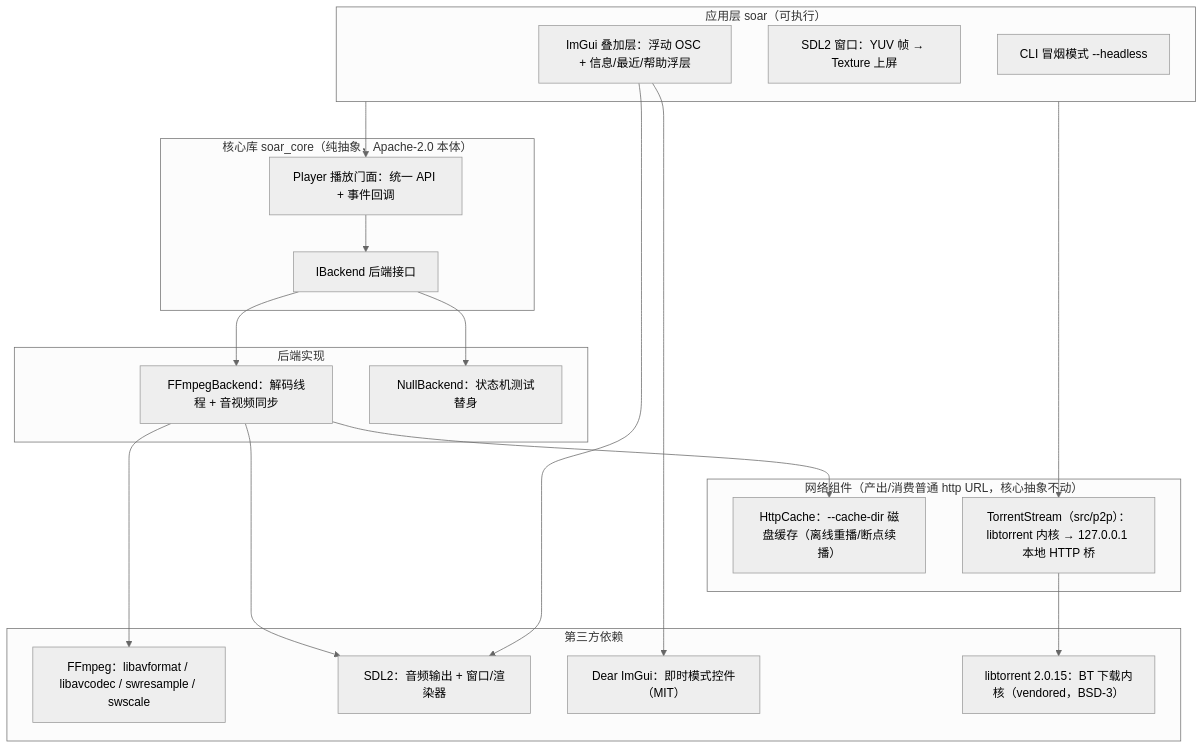
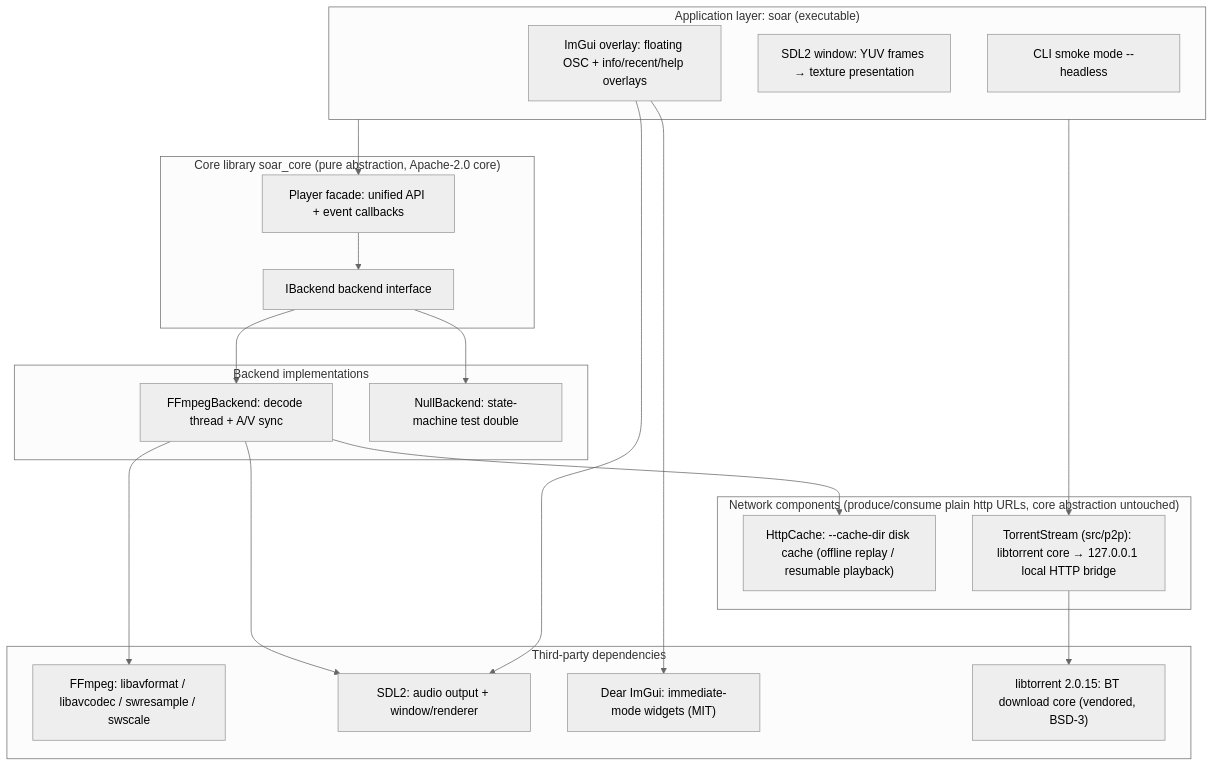
The diagram in README.md (cuihairu/soar), drawn with Mermaid (neutral theme) before and after one commit. The commit also changed other lines of this file and 1 other file, not shown here.

````diff
--- a/README.md
+++ b/README.md
@@ -53,41 +55,41 @@
 ```mermaid
 flowchart TB
-    subgraph APP["应用层 soar（可执行）"]
-        UI["ImGui 叠加层：浮动 OSC + 信息/最近/帮助浮层"]
-        WIN["SDL2 窗口：YUV 帧 → Texture 上屏"]
-        HEADLESS["CLI 冒烟模式 --headless"]
+    subgraph APP["Application layer: soar (executable)"]
+        UI["ImGui overlay: floating OSC + info/recent/help overlays"]
+        WIN["SDL2 window: YUV frames → texture presentation"]
+        HEADLESS["CLI smoke mode --headless"]
     end
 
-    subgraph CORE["核心库 soar_core（纯抽象，Apache-2.0 本体）"]
-        PLAYER["Player 播放门面：统一 API + 事件回调"]
-        IBACKEND["IBackend 后端接口"]
+    subgraph CORE["Core library soar_core (pure abstraction, Apache-2.0 core)"]
+        PLAYER["Player facade: unified API + event callbacks"]
+        IBACKEND["IBackend backend interface"]
     end
 
-    subgraph BACKENDS["后端实现"]
-        FFB["FFmpegBackend：解码线程 + 音视频同步"]
-        NULLB["NullBackend：状态机测试替身"]
+    subgraph BACKENDS["Backend implementations"]
+        FFB["FFmpegBackend: decode thread + A/V sync"]
+        NULLB["NullBackend: state-machine test double"]
     end
 
-    subgraph NET["网络组件（产出/消费普通 http URL，核心抽象不动）"]
-        CACHE["HttpCache：--cache-dir 磁盘缓存（离线重播/断点续播）"]
-        P2P["TorrentStream（src/p2p）：libtorrent 内核 → 127.0.0.1 本地 HTTP 桥"]
+    subgraph NET["Network components (produce/consume plain http URLs, core abstraction untouched)"]
+        CACHE["HttpCache: --cache-dir disk cache (offline replay / resumable playback)"]
+        P2P["TorrentStream (src/p2p): libtorrent core → 127.0.0.1 local HTTP bridge"]
     end
 
-    subgraph LIBS["第三方依赖"]
-        FFMPEG["FFmpeg：libavformat / libavcodec / swresample / swscale"]
-        SDL2AUDIO["SDL2：音频输出 + 窗口/渲染器"]
-        IMGUI["Dear ImGui：即时模式控件（MIT）"]
-        LIBTORRENT["libtorrent 2.0.15：BT 下载内核（vendored，BSD-3）"]
+    subgraph LIBS["Third-party dependencies"]
+        FFMPEG["FFmpeg: libavformat / libavcodec / swresample / swscale"]
+        SDL2AUDIO["SDL2: audio output + window/renderer"]
+        IMGUI["Dear ImGui: immediate-mode widgets (MIT)"]
+        LIBTORRENT["libtorrent 2.0.15: BT download core (vendored, BSD-3)"]
     end
 
     APP --> PLAYER --> IBACKEND
     IBACKEND --> FFB
     IBACKEND --> NULLB
     APP --> P2P
     P2P --> LIBTORRENT
     FFB --> CACHE
     FFB --> FFMPEG
     FFB --> SDL2AUDIO
     UI --> IMGUI
     UI --> SDL2AUDIO
 ```
````
